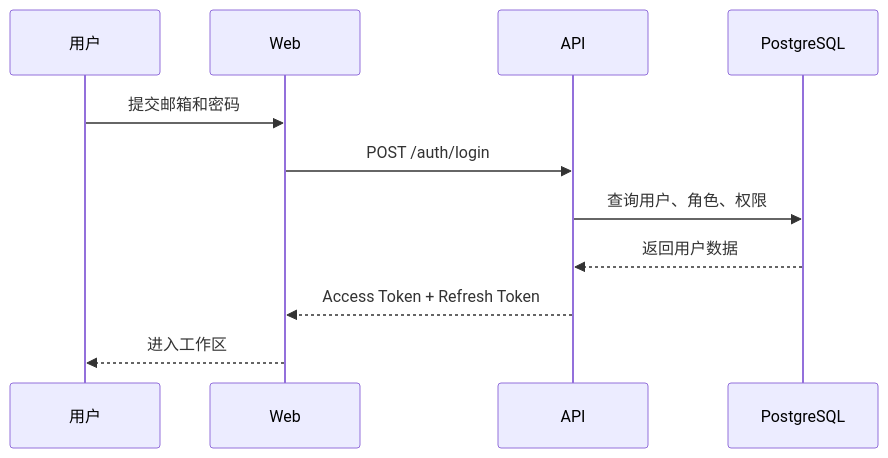
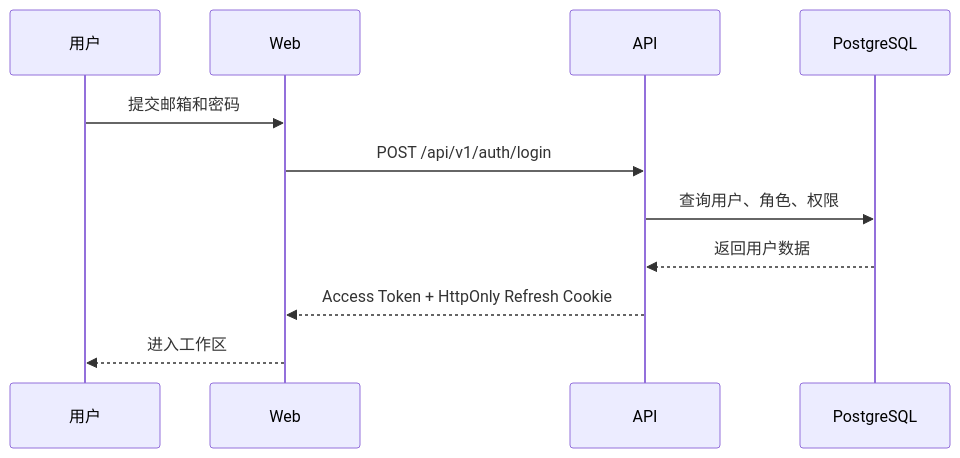
Before and after one commit to orangejava/personal-hub: the sixth of 10 diagrams in docs/foundation/architecture.md, drawn with Mermaid. The commit also changed other lines of this file and 47 other files, not shown here.

````diff
--- a/docs/foundation/architecture.md
+++ b/docs/foundation/architecture.md
@@ -177,14 +179,14 @@
 ```mermaid
 sequenceDiagram
     participant U as 用户
     participant W as Web
     participant A as API
     participant D as PostgreSQL
 
     U->>W: 提交邮箱和密码
-    W->>A: POST /auth/login
+    W->>A: POST /api/v1/auth/login
     A->>D: 查询用户、角色、权限
     D-->>A: 返回用户数据
-    A-->>W: Access Token + Refresh Token
+    A-->>W: Access Token + HttpOnly Refresh Cookie
     W-->>U: 进入工作区
 ```
````
